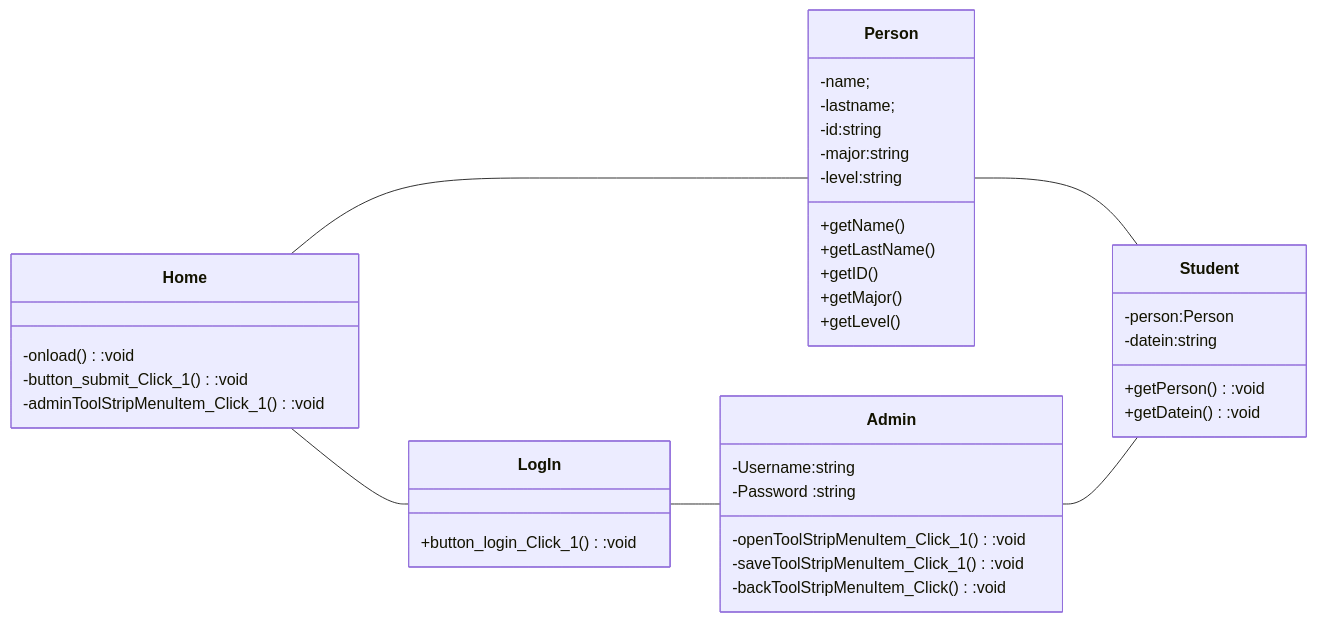
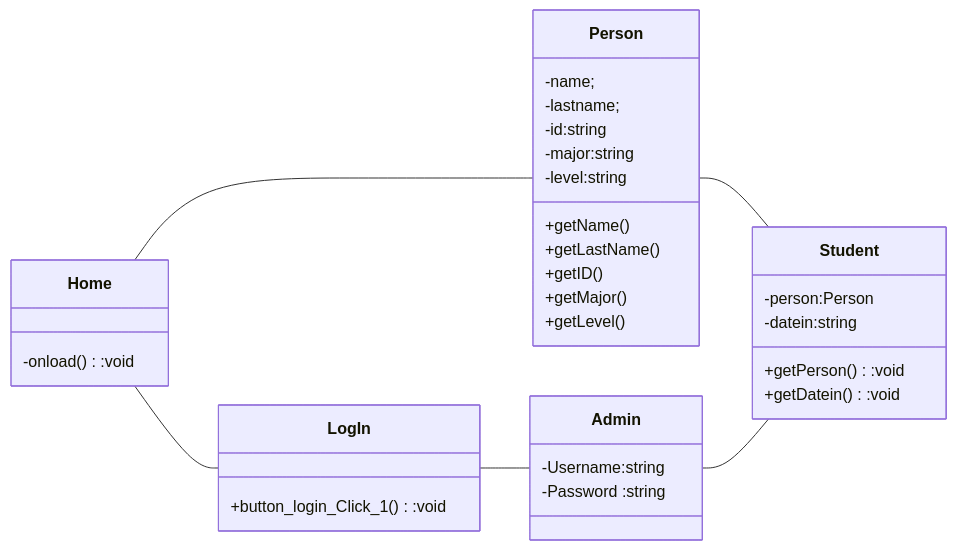
One commit to MDM007MDM/FP changed the diagram in ProjectRoom-main/README.md. Above: the diagram before and after it, drawn with Mermaid.

````diff
--- a/ProjectRoom-main/README.md
+++ b/ProjectRoom-main/README.md
@@ -10,43 +10,38 @@
 ```Mermaid
 classDiagram
   direction LR
   class Home{
   -onload():void 
-  -button_submit_Click_1():void
-  -adminToolStripMenuItem_Click_1():void
 }
   class LogIn{
   +button_login_Click_1():void
   }
   class Admin{
   -Username:string 
   -Password :string
-  -openToolStripMenuItem_Click_1():void
-  -saveToolStripMenuItem_Click_1():void
-  -backToolStripMenuItem_Click():void
   }
   class Person{
   -name;
   -lastname;
   -id:string
   -major:string
   -level:string
   +getName()
   +getLastName()
   +getID()
   +getMajor()
   +getLevel()
   }
   class Student{
   -person:Person
   -datein:string
   +getPerson():void
   +getDatein():void
   }
    Home -- LogIn
    Home -- Person 
    Person -- Student
    Log In -- Admin
    Admin -- Student
 
 ```
````
